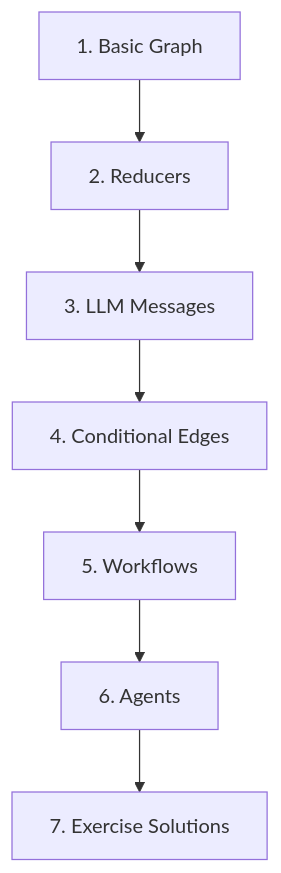
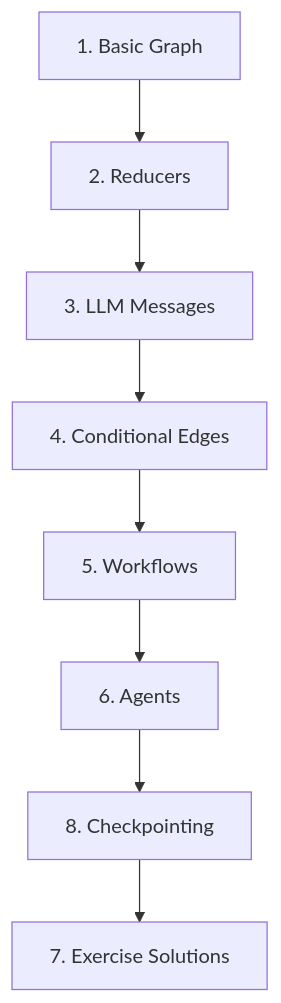
Before and after one commit to Walid-Ahmed/langgraph-tutorials: the second of 2 diagrams in README.md, drawn with Mermaid. The commit also changed other lines of this file and 2 other files, not shown here.

First line of the commit message:
Reorder checkpointing examples and expand tutorial README

````diff
--- a/README.md
+++ b/README.md
@@ -36,9 +36,10 @@
 ```mermaid
 flowchart TD
     A["1. Basic Graph"] --> B["2. Reducers"]
     B --> C["3. LLM Messages"]
     C --> D["4. Conditional Edges"]
     D --> E["5. Workflows"]
     E --> F["6. Agents"]
-    F --> G["7. Exercise Solutions"]
+    F --> G["8. Checkpointing"]
+    G --> H["7. Exercise Solutions"]
 ```
````
